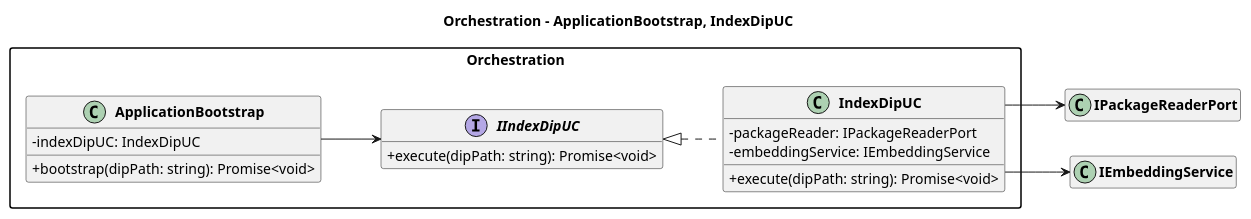
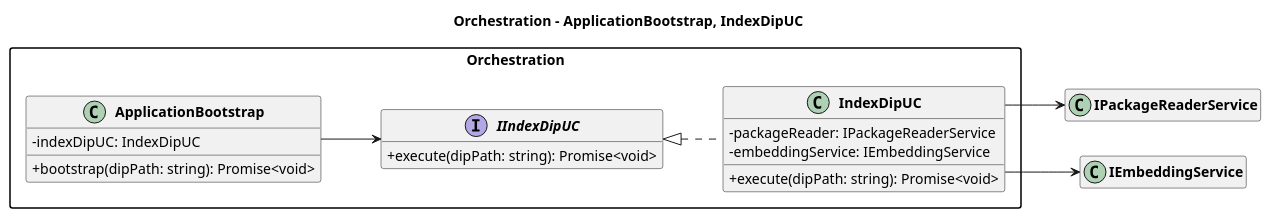
The diagram in 3_PB/DocumentiEsterni/DiagrammiSpecificaTecnica/C4/C4_Main_Indexing_Flow_orchestration.puml (7-ZPUs/Docs), drawn with PlantUML before and after one commit. The commit also changed 11 other files, not shown here.

```diff
--- a/3_PB/DocumentiEsterni/DiagrammiSpecificaTecnica/C4/C4_Main_Indexing_Flow_orchestration.puml
+++ b/3_PB/DocumentiEsterni/DiagrammiSpecificaTecnica/C4/C4_Main_Indexing_Flow_orchestration.puml
@@ -1,33 +1,33 @@
 @startuml Class Diagram - Main Indexing Flow - Orchestration
 
 left to right direction
 skinparam classAttributeIconSize 0
 skinparam classFontStyle bold
 skinparam packageStyle rectangle
 skinparam linetype ortho
 hide empty members
 
 title Orchestration - ApplicationBootstrap, IndexDipUC
 
 package "Orchestration" {
   class ApplicationBootstrap {
     - indexDipUC: IndexDipUC
     + bootstrap(dipPath: string): Promise<void>
   }
 
   interface IIndexDipUC {
     + execute(dipPath: string): Promise<void>
   }
 
   class IndexDipUC implements IIndexDipUC {
-    - packageReader: IPackageReaderPort
+    - packageReader: IPackageReaderService
     - embeddingService: IEmbeddingService
     + execute(dipPath: string): Promise<void>
   }
 }
 
 ApplicationBootstrap --> IIndexDipUC
-IndexDipUC --> IPackageReaderPort
+IndexDipUC --> IPackageReaderService
 IndexDipUC --> IEmbeddingService
 
 @enduml
```
